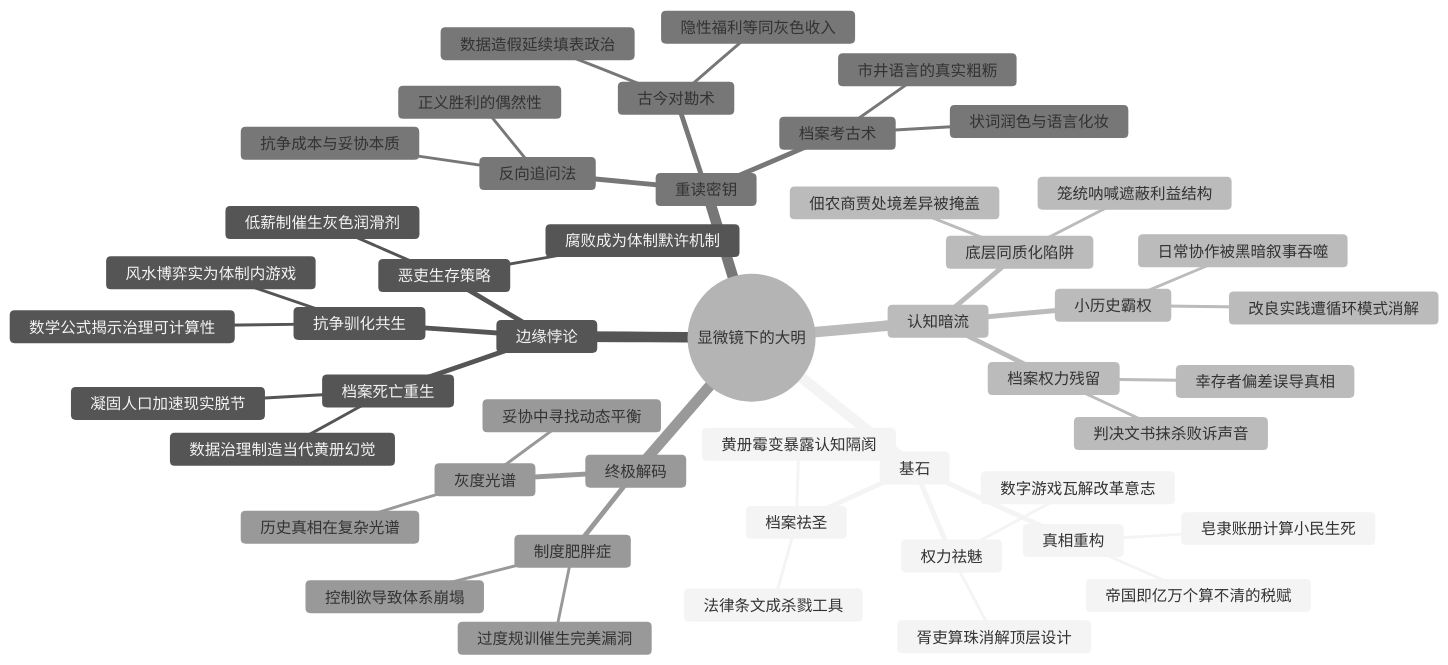
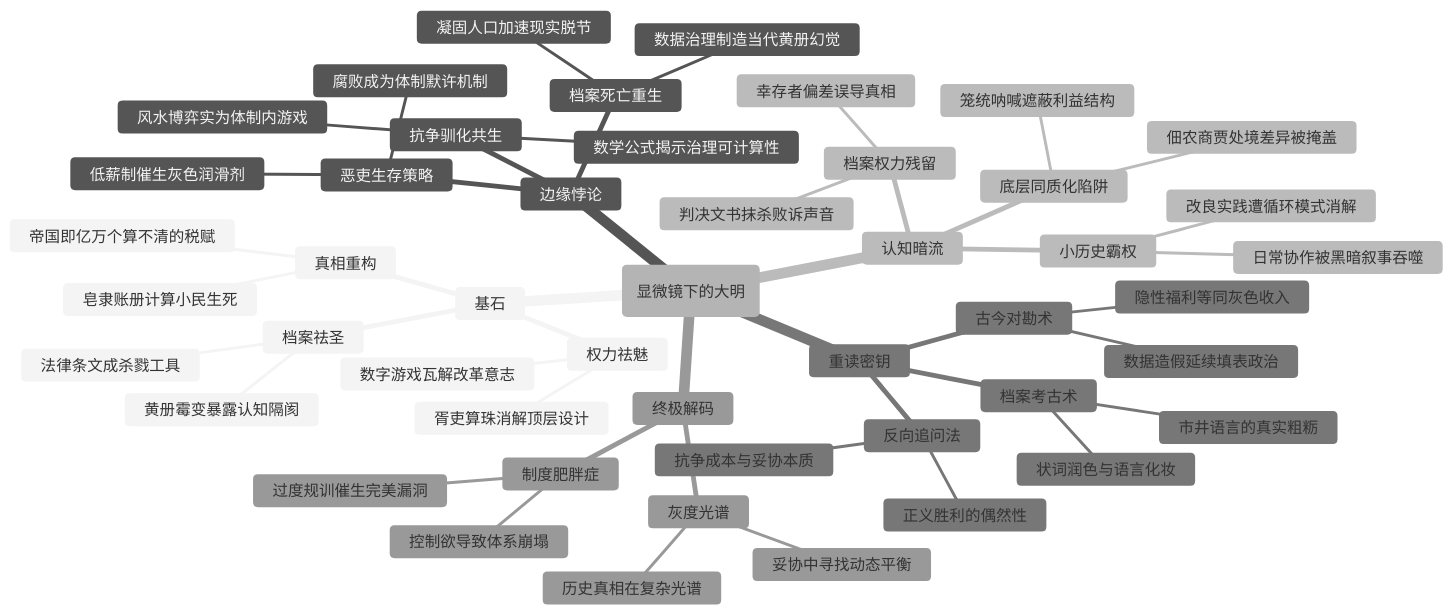
One commit to funloss/funKnowledge changed the diagram in 读书/中国历史/显微镜下的大明.md. Above: the diagram before and after it, drawn with Mermaid (neutral theme). The commit also changed 74 other files, not shown here.

````diff
--- a/读书/中国历史/显微镜下的大明.md
+++ b/读书/中国历史/显微镜下的大明.md
@@ -2,55 +2,55 @@
 ```mermaid
 mindmap
-  root((显微镜下的大明))
+  root(显微镜下的大明)
     基石
       权力祛魅
         胥吏算珠消解顶层设计
         数字游戏瓦解改革意志
       档案祛圣
         黄册霉变暴露认知隔阂
         法律条文成杀戮工具
       真相重构
         帝国即亿万个算不清的税赋
         皂隶账册计算小民生死
     
     边缘悖论
       抗争驯化共生
         风水博弈实为体制内游戏
         数学公式揭示治理可计算性
       恶吏生存策略
         低薪制催生灰色润滑剂
         腐败成为体制默许机制
       档案死亡重生
         数据治理制造当代黄册幻觉
         凝固人口加速现实脱节
     
     认知暗流
       底层同质化陷阱
         佃农商贾处境差异被掩盖
         笼统呐喊遮蔽利益结构
       档案权力残留
         判决文书抹杀败诉声音
         幸存者偏差误导真相
       小历史霸权
         日常协作被黑暗叙事吞噬
         改良实践遭循环模式消解
     
     重读密钥
       反向追问法
         抗争成本与妥协本质
         正义胜利的偶然性
       档案考古术
         状词润色与语言化妆
         市井语言的真实粗粝
       古今对勘术
         数据造假延续填表政治
         隐性福利等同灰色收入
     
     终极解码
       制度肥胖症
         过度规训催生完美漏洞
         控制欲导致体系崩塌
       灰度光谱
         妥协中寻找动态平衡
         历史真相在复杂光谱
 ```
````
